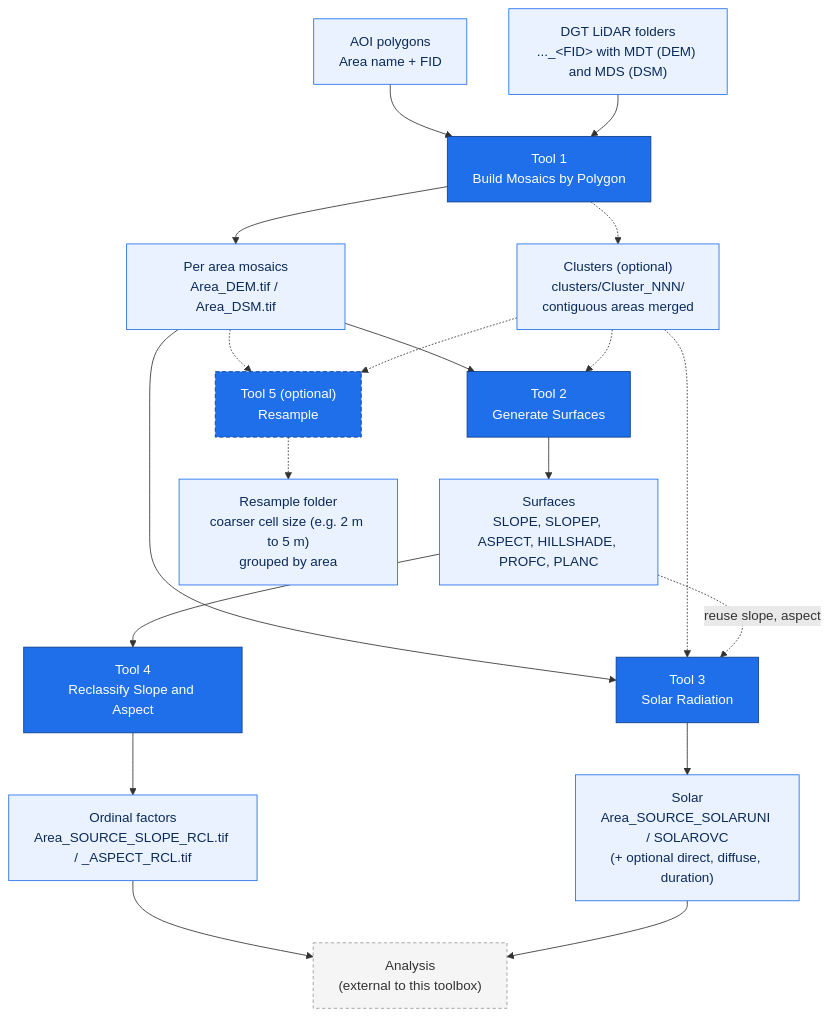
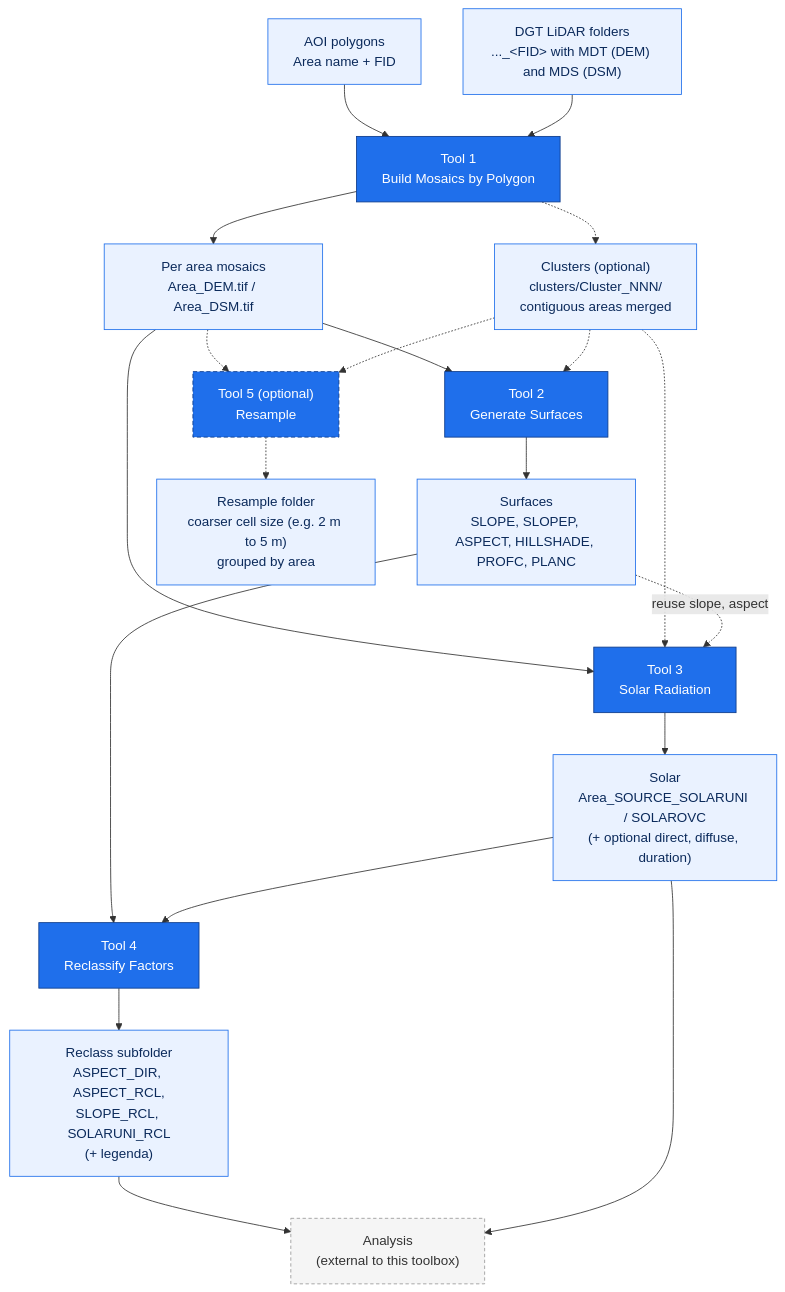
The diagram in README.md (PedroMMGoncalves/lidar-terrain-arcgis-tools), drawn with Mermaid before and after one commit. The commit also changed other lines of this file, not shown here.

First line of the commit message:
Refresh the README for the geometry mapping and the Tool 3 and Tool 4 changes

````diff
--- a/README.md
+++ b/README.md
@@ -38,33 +38,34 @@
 ```mermaid
 flowchart TD
     AOI["AOI polygons<br/>Area name + FID"]
     LID["DGT LiDAR folders<br/>..._&lt;FID&gt; with MDT (DEM) and MDS (DSM)"]
     AOI --> T1
     LID --> T1
     T1["Tool 1<br/>Build Mosaics by Polygon"]
     T1 --> M["Per area mosaics<br/>Area_DEM.tif / Area_DSM.tif"]
     T1 -.-> CL["Clusters (optional)<br/>clusters/Cluster_NNN/<br/>contiguous areas merged"]
     M --> T2["Tool 2<br/>Generate Surfaces"]
     M --> T3["Tool 3<br/>Solar Radiation"]
     M -.-> T5["Tool 5 (optional)<br/>Resample"]
     CL -.-> T2
     CL -.-> T3
     CL -.-> T5
     T2 --> S["Surfaces<br/>SLOPE, SLOPEP, ASPECT, HILLSHADE, PROFC, PLANC"]
     S -.->|reuse slope, aspect| T3
     T3 --> SOL["Solar<br/>Area_SOURCE_SOLARUNI / SOLAROVC<br/>(+ optional direct, diffuse, duration)"]
     T5 -.-> RS["Resample folder<br/>coarser cell size (e.g. 2 m to 5 m)<br/>grouped by area"]
-    S --> T4["Tool 4<br/>Reclassify Slope and Aspect"]
-    T4 --> RCL["Ordinal factors<br/>Area_SOURCE_SLOPE_RCL.tif / _ASPECT_RCL.tif"]
+    S --> T4["Tool 4<br/>Reclassify Factors"]
+    SOL --> T4
+    T4 --> RCL["Reclass subfolder<br/>ASPECT_DIR, ASPECT_RCL,<br/>SLOPE_RCL, SOLARUNI_RCL<br/>(+ legenda)"]
     RCL --> EXT["Analysis<br/>(external to this toolbox)"]
     SOL --> EXT
 
     classDef tool fill:#1f6feb,stroke:#0d3b8a,color:#ffffff;
     classDef opttool fill:#1f6feb,stroke:#0d3b8a,color:#ffffff,stroke-dasharray:5 3;
     classDef data fill:#eaf2ff,stroke:#1f6feb,color:#0b2a5b;
     classDef ext fill:#f5f5f5,stroke:#999999,color:#333333,stroke-dasharray:4 3;
     class T1,T2,T3,T4 tool;
     class T5 opttool;
     class AOI,LID,M,S,SOL,RCL,RS,CL data;
     class EXT ext;
 ```
````
